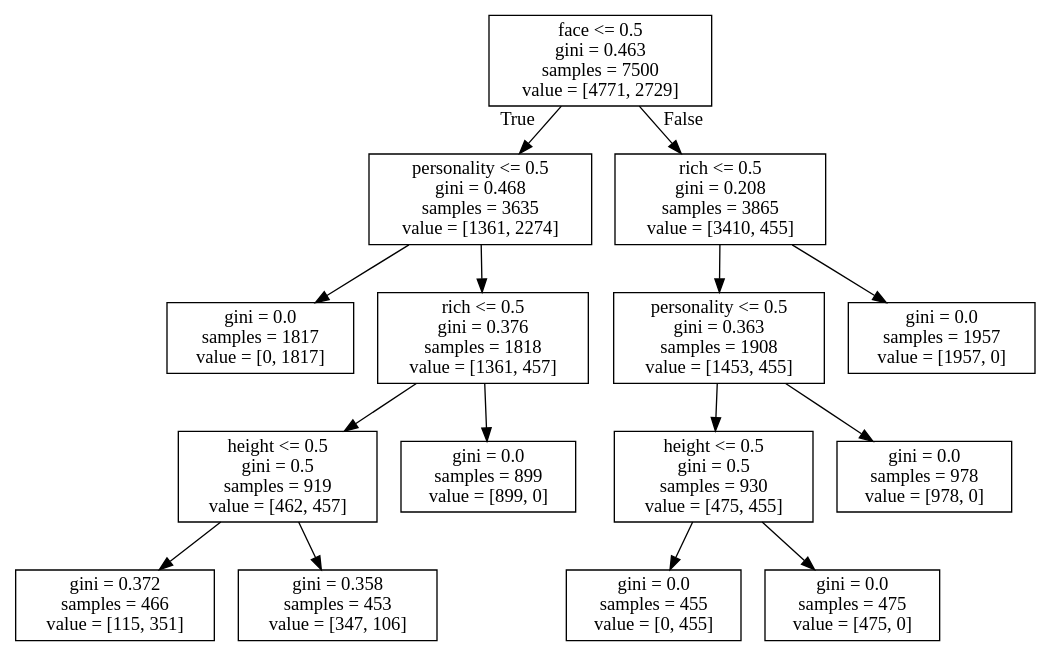
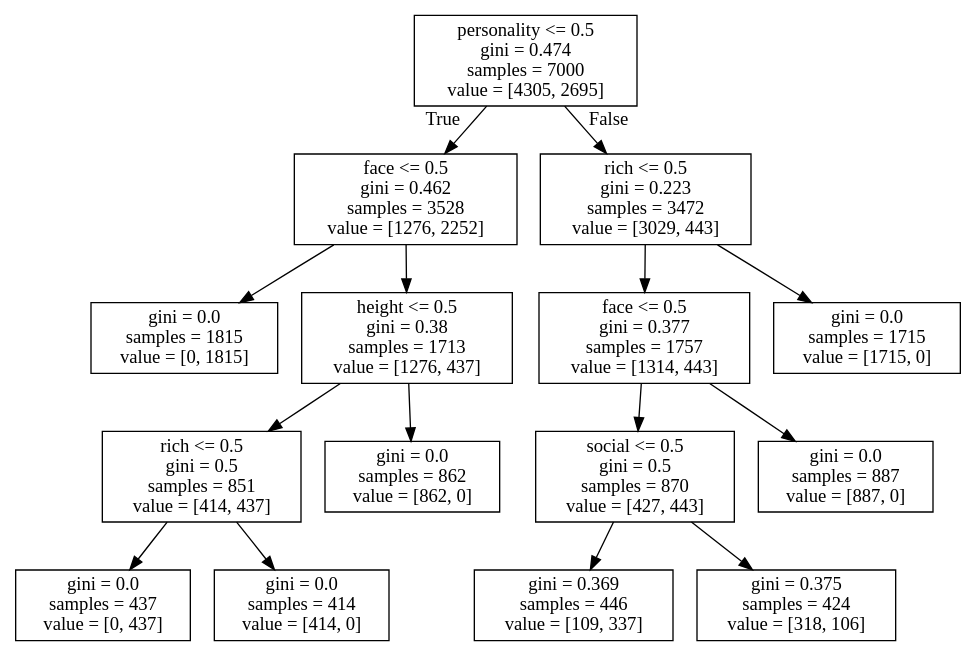
Before and after one commit to ElektrischesSchaf/Data_Mining_2019_Projects: the diagram in Decision_Tree/models/decision_tree_depth4.dot, drawn with Graphviz. The commit also changed 6 other files, not shown here.

```diff
--- a/Decision_Tree/models/decision_tree_depth4.dot
+++ b/Decision_Tree/models/decision_tree_depth4.dot
@@ -1,32 +1,32 @@
 digraph Tree {
 node [shape=box] ;
-0 [label="face <= 0.5\ngini = 0.463\nsamples = 7500\nvalue = [4771, 2729]"] ;
-1 [label="personality <= 0.5\ngini = 0.468\nsamples = 3635\nvalue = [1361, 2274]"] ;
+0 [label="personality <= 0.5\ngini = 0.474\nsamples = 7000\nvalue = [4305, 2695]"] ;
+1 [label="face <= 0.5\ngini = 0.462\nsamples = 3528\nvalue = [1276, 2252]"] ;
 0 -> 1 [labeldistance=2.5, labelangle=45, headlabel="True"] ;
-2 [label="gini = 0.0\nsamples = 1817\nvalue = [0, 1817]"] ;
+2 [label="gini = 0.0\nsamples = 1815\nvalue = [0, 1815]"] ;
 1 -> 2 ;
-3 [label="rich <= 0.5\ngini = 0.376\nsamples = 1818\nvalue = [1361, 457]"] ;
+3 [label="height <= 0.5\ngini = 0.38\nsamples = 1713\nvalue = [1276, 437]"] ;
 1 -> 3 ;
-4 [label="height <= 0.5\ngini = 0.5\nsamples = 919\nvalue = [462, 457]"] ;
+4 [label="rich <= 0.5\ngini = 0.5\nsamples = 851\nvalue = [414, 437]"] ;
 3 -> 4 ;
-5 [label="gini = 0.372\nsamples = 466\nvalue = [115, 351]"] ;
+5 [label="gini = 0.0\nsamples = 437\nvalue = [0, 437]"] ;
 4 -> 5 ;
-6 [label="gini = 0.358\nsamples = 453\nvalue = [347, 106]"] ;
+6 [label="gini = 0.0\nsamples = 414\nvalue = [414, 0]"] ;
 4 -> 6 ;
-7 [label="gini = 0.0\nsamples = 899\nvalue = [899, 0]"] ;
+7 [label="gini = 0.0\nsamples = 862\nvalue = [862, 0]"] ;
 3 -> 7 ;
-8 [label="rich <= 0.5\ngini = 0.208\nsamples = 3865\nvalue = [3410, 455]"] ;
+8 [label="rich <= 0.5\ngini = 0.223\nsamples = 3472\nvalue = [3029, 443]"] ;
 0 -> 8 [labeldistance=2.5, labelangle=-45, headlabel="False"] ;
-9 [label="personality <= 0.5\ngini = 0.363\nsamples = 1908\nvalue = [1453, 455]"] ;
+9 [label="face <= 0.5\ngini = 0.377\nsamples = 1757\nvalue = [1314, 443]"] ;
 8 -> 9 ;
-10 [label="height <= 0.5\ngini = 0.5\nsamples = 930\nvalue = [475, 455]"] ;
+10 [label="social <= 0.5\ngini = 0.5\nsamples = 870\nvalue = [427, 443]"] ;
 9 -> 10 ;
-11 [label="gini = 0.0\nsamples = 455\nvalue = [0, 455]"] ;
+11 [label="gini = 0.369\nsamples = 446\nvalue = [109, 337]"] ;
 10 -> 11 ;
-12 [label="gini = 0.0\nsamples = 475\nvalue = [475, 0]"] ;
+12 [label="gini = 0.375\nsamples = 424\nvalue = [318, 106]"] ;
 10 -> 12 ;
-13 [label="gini = 0.0\nsamples = 978\nvalue = [978, 0]"] ;
+13 [label="gini = 0.0\nsamples = 887\nvalue = [887, 0]"] ;
 9 -> 13 ;
-14 [label="gini = 0.0\nsamples = 1957\nvalue = [1957, 0]"] ;
+14 [label="gini = 0.0\nsamples = 1715\nvalue = [1715, 0]"] ;
 8 -> 14 ;
 }
```
